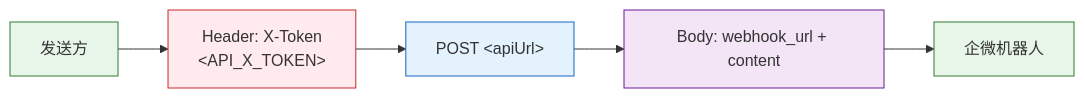
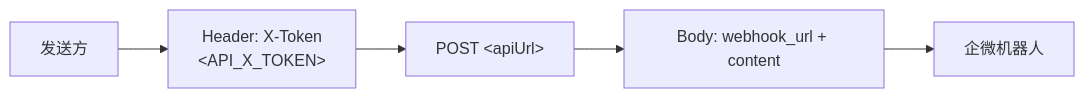
One commit to effiy/YrY changed the sixth of 11 diagrams in skills/rui-bot/SKILL.md. Above: the diagram before and after it, drawn with Mermaid. The commit also changed other lines of this file and 61 other files, not shown here.

````diff
--- a/skills/rui-bot/SKILL.md
+++ b/skills/rui-bot/SKILL.md
@@ -224,13 +209,8 @@
 ```mermaid
 flowchart LR
     CALLER["发送方"]:::src --> TOKEN["Header: X-Token<br/>&lt;API_X_TOKEN&gt;"]:::auth
     TOKEN --> POST["POST &lt;apiUrl&gt;"]:::api
     POST --> BODY["Body: webhook_url + content"]:::body
     BODY --> WEWORK["企微机器人"]:::out
 
-    classDef src fill:#e8f5e9,stroke:#2e7d32;
-    classDef auth fill:#ffebee,stroke:#c62828;
-    classDef api fill:#e3f2fd,stroke:#1565c0;
-    classDef body fill:#f3e5f5,stroke:#6a1b9a;
-    classDef out fill:#e8f5e9,stroke:#2e7d32;
 ```
````
